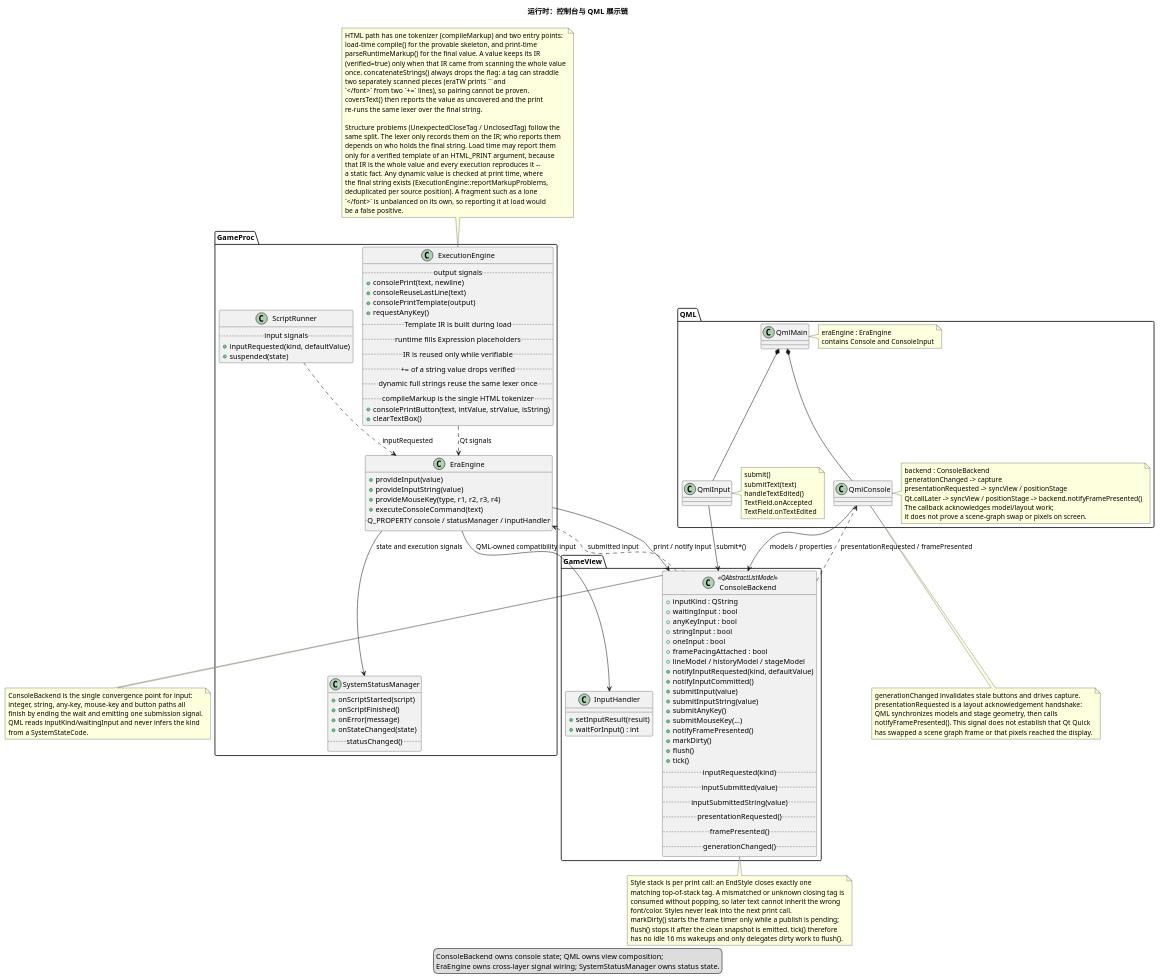
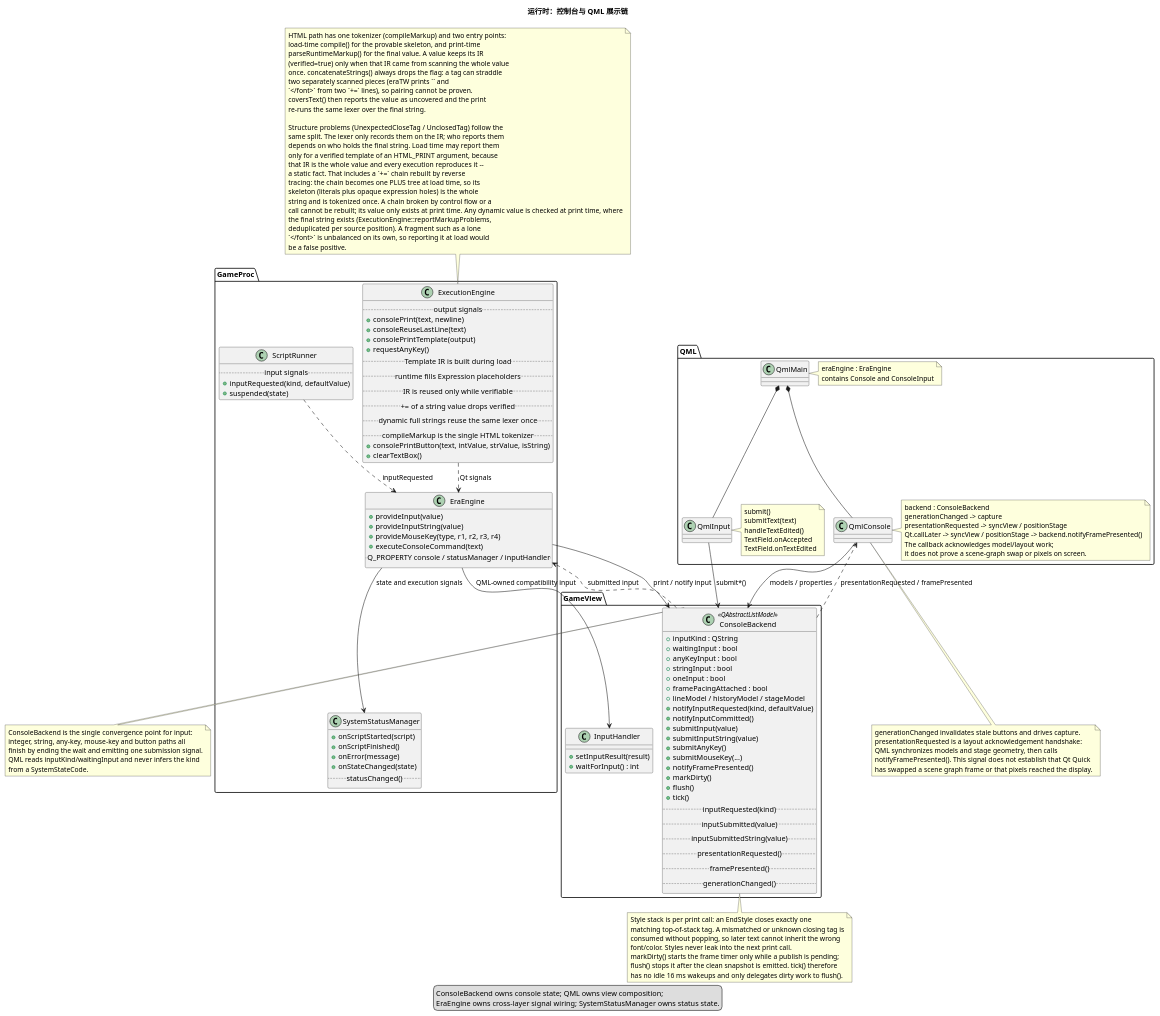
Before and after one commit to yigekuyou/qt-eraemu: the diagram in docs/uml/04-runtime-console-qml.puml, drawn with PlantUML. The commit also changed 2 other files, not shown here.

```diff
--- a/docs/uml/04-runtime-console-qml.puml
+++ b/docs/uml/04-runtime-console-qml.puml
@@ -1,176 +1,180 @@
 @startuml 04-runtime-console-qml
 !pragma layout smetana
 ' 运行时责任 3/4：输出、输入桥接与 QML 呈现
 ' 来源：eraengine.cpp, GameProc/execution_engine.h, GameView/console_backend.h,
 '       GameView/system_status_manager.h, GameView/input_handler.h, qml/Console.qml,
 '       qml/ConsoleInput.qml
 
 title 运行时：控制台与 QML 展示链
 
 package "GameProc" {
   class ExecutionEngine {
     .. output signals ..
     + consolePrint(text, newline)
     + consoleReuseLastLine(text)
     + consolePrintTemplate(output)
     + requestAnyKey()
     .. Template IR is built during load ..
     .. runtime fills Expression placeholders ..
     .. IR is reused only while verifiable ..
     .. += of a string value drops verified ..
     .. dynamic full strings reuse the same lexer once ..
     .. compileMarkup is the single HTML tokenizer ..
     + consolePrintButton(text, intValue, strValue, isString)
     + clearTextBox()
   }
 
   class ScriptRunner {
     .. input signals ..
     + inputRequested(kind, defaultValue)
     + suspended(state)
   }
 
   class EraEngine {
     + provideInput(value)
     + provideInputString(value)
     + provideMouseKey(type, r1, r2, r3, r4)
     + executeConsoleCommand(text)
     .. Q_PROPERTY console / statusManager / inputHandler ..
   }
 
   class SystemStatusManager {
     + onScriptStarted(script)
     + onScriptFinished()
     + onError(message)
     + onStateChanged(state)
     .. statusChanged() ..
   }
 }
 
 package "GameView" {
   class ConsoleBackend <<QAbstractListModel>> {
     + inputKind : QString
     + waitingInput : bool
     + anyKeyInput : bool
     + stringInput : bool
     + oneInput : bool
     + framePacingAttached : bool
     + lineModel / historyModel / stageModel
     + notifyInputRequested(kind, defaultValue)
     + notifyInputCommitted()
     + submitInput(value)
     + submitInputString(value)
     + submitAnyKey()
     + submitMouseKey(...)
     + notifyFramePresented()
     + markDirty()
     + flush()
     + tick()
     .. inputRequested(kind) ..
     .. inputSubmitted(value) ..
     .. inputSubmittedString(value) ..
     .. presentationRequested() ..
     .. framePresented() ..
     .. generationChanged() ..
   }
 
   class InputHandler {
     + setInputResult(result)
     + waitForInput() : int
   }
 }
 
 package "QML" {
   class QmlConsole
   class QmlInput
   class QmlMain
 
   note right of QmlConsole
     backend : ConsoleBackend
     generationChanged -> capture
     presentationRequested -> syncView / positionStage
     Qt.callLater -> syncView / positionStage -> backend.notifyFramePresented()
     The callback acknowledges model/layout work;
     it does not prove a scene-graph swap or pixels on screen.
   end note
 
   note right of QmlInput
     submit()
     submitText(text)
     handleTextEdited()
     TextField.onAccepted
     TextField.onTextEdited
   end note
 
   note right of QmlMain
     eraEngine : EraEngine
     contains Console and ConsoleInput
   end note
 }
 
 ExecutionEngine ..> EraEngine : Qt signals
 ScriptRunner ..> EraEngine : inputRequested
 EraEngine --> ConsoleBackend : print / notify input
 ConsoleBackend ..> EraEngine : submitted input
 EraEngine --> SystemStatusManager : state and execution signals
 EraEngine --> InputHandler : QML-owned compatibility input
 QmlMain *-- QmlConsole
 QmlMain *-- QmlInput
 QmlConsole --> ConsoleBackend : models / properties
 QmlInput --> ConsoleBackend : submit*()
 ConsoleBackend ..> QmlConsole : presentationRequested / framePresented
 
 note right of ConsoleBackend
   ConsoleBackend is the single convergence point for input:
   integer, string, any-key, mouse-key and button paths all
   finish by ending the wait and emitting one submission signal.
   QML reads inputKind/waitingInput and never infers the kind
   from a SystemStateCode.
 end note
 
 note top of ExecutionEngine
   HTML path has one tokenizer (compileMarkup) and two entry points:
   load-time compile() for the provable skeleton, and print-time
   parseRuntimeMarkup() for the final value. A value keeps its IR
   (verified=true) only when that IR came from scanning the whole value
   once. concatenateStrings() always drops the flag: a tag can straddle
   two separately scanned pieces (eraTW prints `<font ...>` and
   `</font>` from two `+=` lines), so pairing cannot be proven.
   coversText() then reports the value as uncovered and the print
   re-runs the same lexer over the final string.
 
   Structure problems (UnexpectedCloseTag / UnclosedTag) follow the
   same split. The lexer only records them on the IR; who reports them
   depends on who holds the final string. Load time may report them
   only for a verified template of an HTML_PRINT argument, because
   that IR is the whole value and every execution reproduces it --
-  a static fact. Any dynamic value is checked at print time, where
+  a static fact. That includes a `+=` chain rebuilt by reverse
+  tracing: the chain becomes one PLUS tree at load time, so its
+  skeleton (literals plus opaque expression holes) is the whole
+  string and is tokenized once. A chain broken by control flow or a
+  call cannot be rebuilt; its value only exists at print time. Any dynamic value is checked at print time, where
   the final string exists (ExecutionEngine::reportMarkupProblems,
   deduplicated per source position). A fragment such as a lone
   `</font>` is unbalanced on its own, so reporting it at load would
   be a false positive.
 end note
 
 note bottom of QmlConsole
   generationChanged invalidates stale buttons and drives capture.
   presentationRequested is a layout acknowledgement handshake:
   QML synchronizes models and stage geometry, then calls
   notifyFramePresented(). This signal does not establish that Qt Quick
   has swapped a scene graph frame or that pixels reached the display.
 end note
 
 note bottom of ConsoleBackend
   Style stack is per print call: an EndStyle closes exactly one
   matching top-of-stack tag. A mismatched or unknown closing tag is
   consumed without popping, so later text cannot inherit the wrong
   font/color. Styles never leak into the next print call.
   markDirty() starts the frame timer only while a publish is pending;
   flush() stops it after the clean snapshot is emitted. tick() therefore
   has no idle 16 ms wakeups and only delegates dirty work to flush().
 end note
 
 legend bottom
   ConsoleBackend owns console state; QML owns view composition;
   EraEngine owns cross-layer signal wiring; SystemStatusManager owns status state.
 endlegend
 @enduml
```
